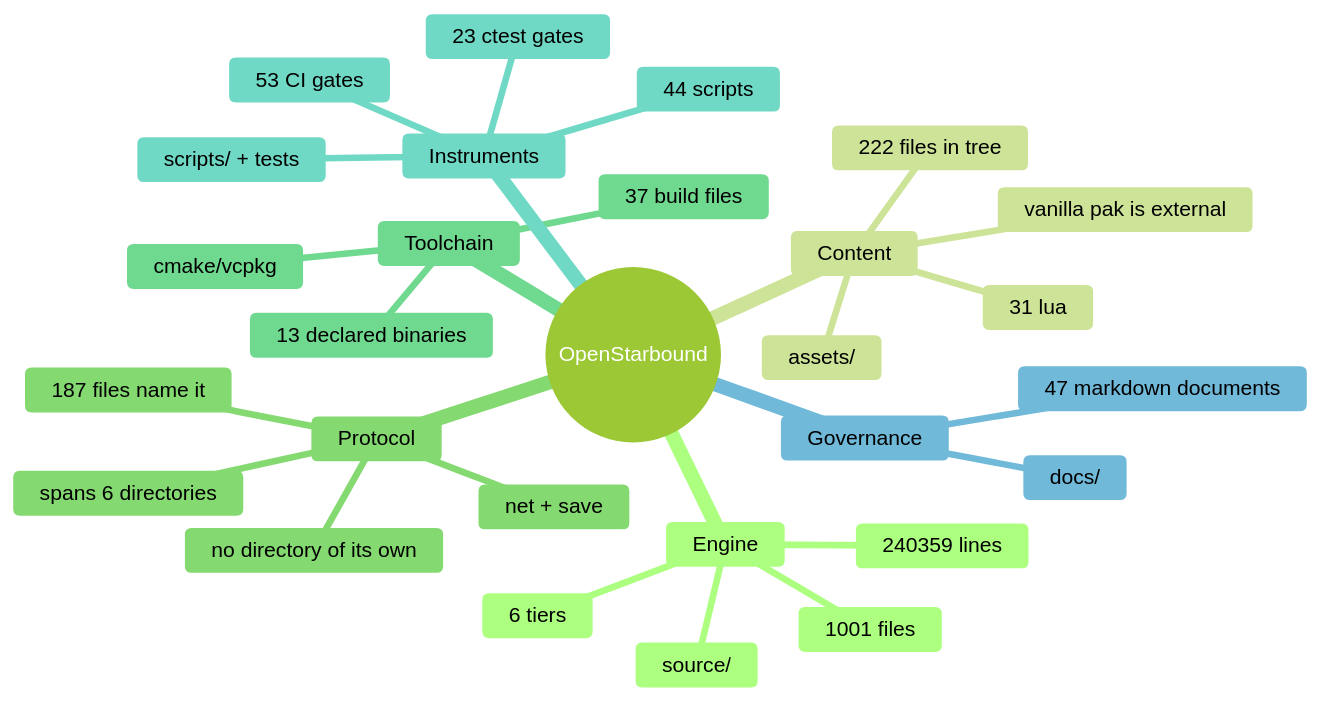
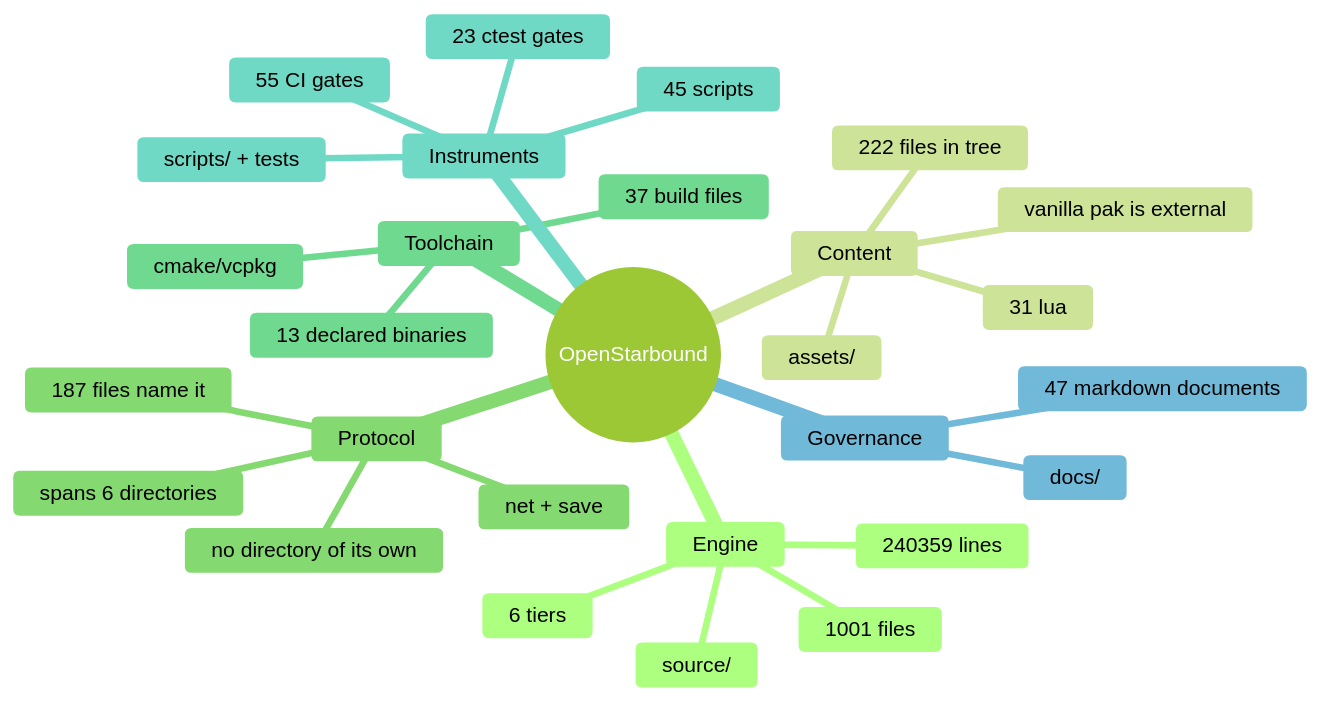
One commit to apnex/OpenStarbound changed the second of 11 diagrams in docs/architecture/system-boundaries.md. Above: the diagram before and after it, drawn with Mermaid (forest theme). The commit also changed 5 other files, not shown here.

````diff
--- a/docs/architecture/system-boundaries.md
+++ b/docs/architecture/system-boundaries.md
@@ -166,31 +166,31 @@
 ```mermaid
 mindmap
   root((OpenStarbound))
     Engine
       source/
       1001 files
       240359 lines
       6 tiers
     Content
       assets/
       222 files in tree
       31 lua
       vanilla pak is external
     Protocol
       net + save
       187 files name it
       spans 6 directories
       no directory of its own
     Toolchain
       cmake/vcpkg
       37 build files
       13 declared binaries
     Instruments
       scripts/ + tests
-      44 scripts
+      45 scripts
       23 ctest gates
-      53 CI gates
+      55 CI gates
     Governance
       docs/
       47 markdown documents
 ```
````
